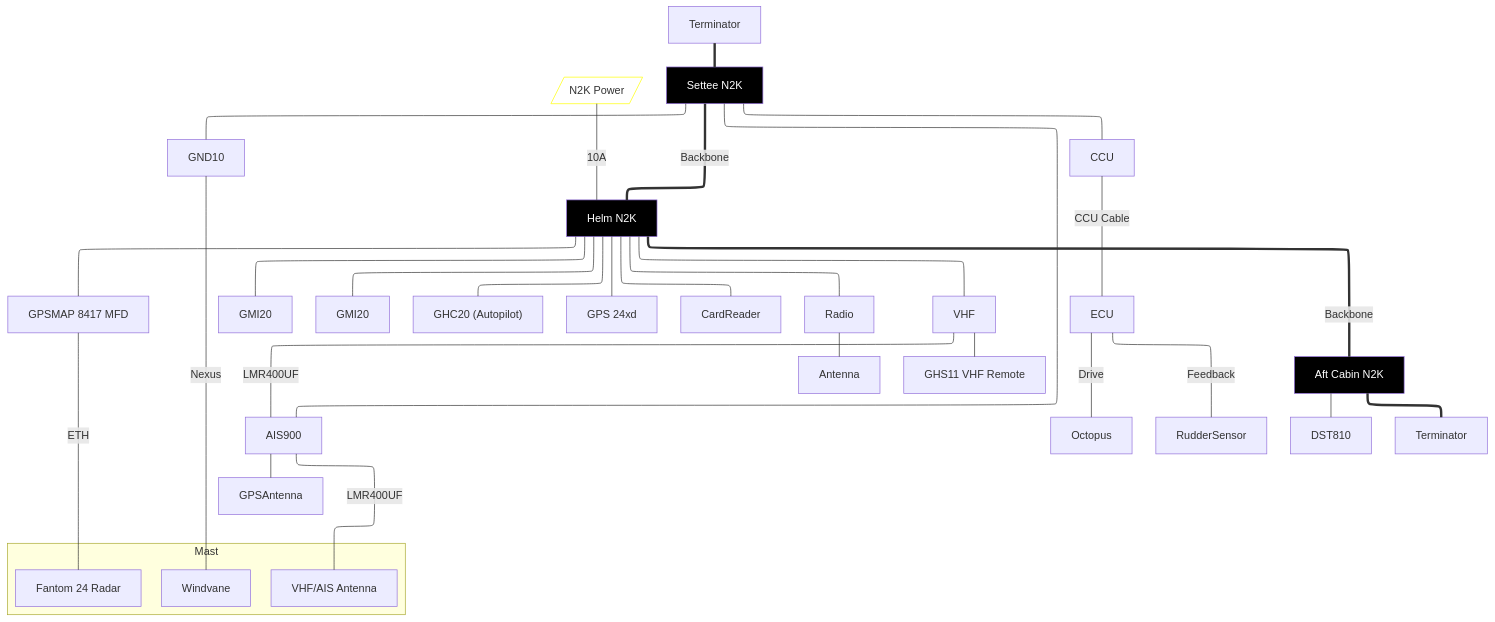
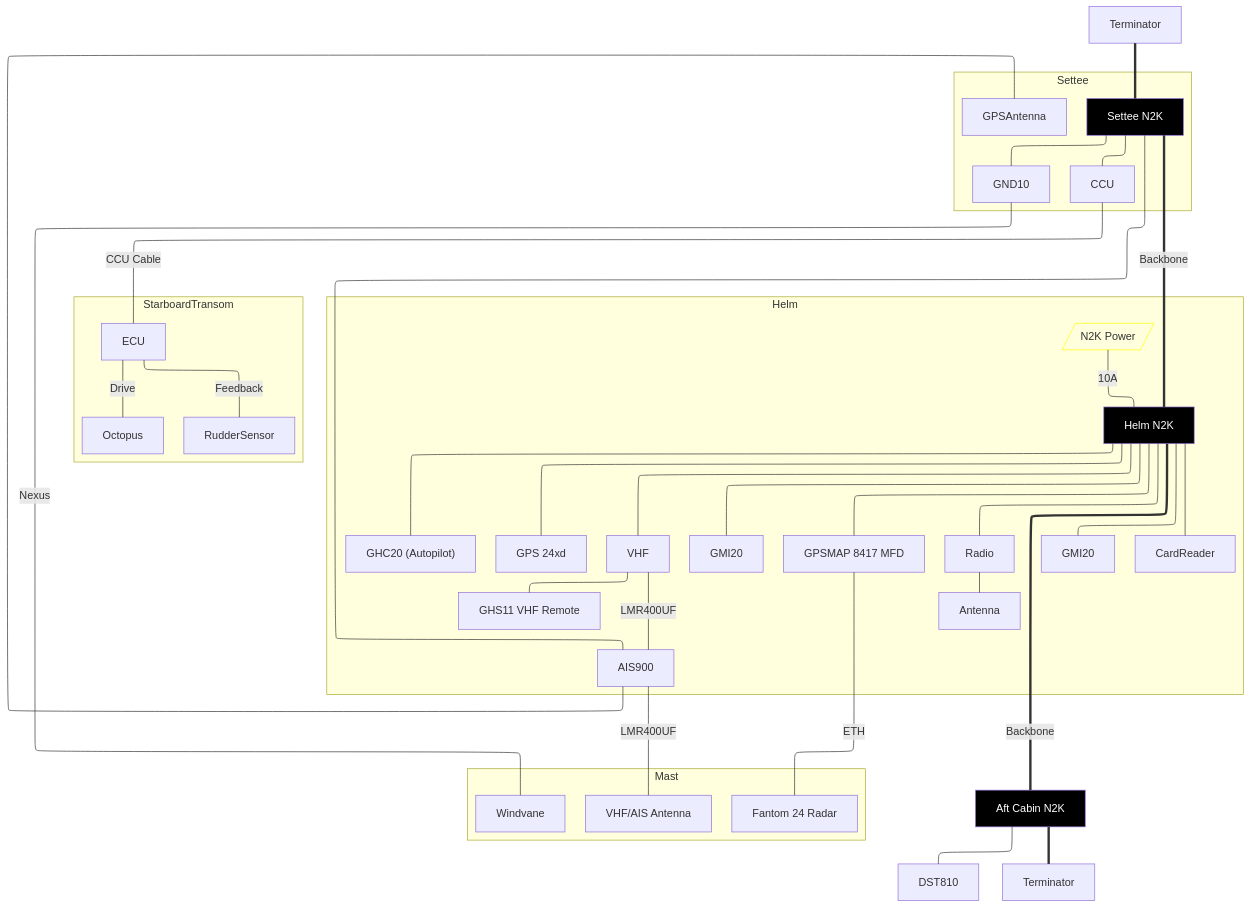
Before and after one commit to dcoon/svharmony: the diagram in owners_manual/Garmin.md, drawn with Mermaid.

Commit message:
vault backup: 2023-12-30 07:57:05

````diff
--- a/owners_manual/Garmin.md
+++ b/owners_manual/Garmin.md
@@ -2,46 +2,51 @@
 ```mermaid
 
 flowchart-elk TB
 
 classDef N2K fill:black
 classDef Power stroke:yellow,fill:none
 
 subgraph Mast
     Antenna["VHF/AIS Antenna"]
     Radar["Fantom 24 Radar"]:::Garmin
     Windvane
 end
 
-MFD["GPSMAP 8417 MFD"]:::Garmin
-MFD ---|ETH| Radar
+subgraph Helm
+	MFD["GPSMAP 8417 MFD"]:::Garmin
+	MFD ---|ETH| Radar
+	CockpitN2K[<font color=white>Helm N2K]:::N2K
+	Power[/N2K Power/]:::Power ---|10A| CockpitN2K
+	CockpitN2K --- MFD
+	CockpitN2K --- GMI201["GMI20"]
+	CockpitN2K --- GMI202["GMI20"]
+	CockpitN2K --- GHC20["GHC20 (Autopilot)"]
+	CockpitN2K --- GPS["GPS 24xd"]
+	CockpitN2K --- CardReader
+	CockpitN2K --- Radio --- AMFMAntenna["Antenna"]
+	CockpitN2K --- VHF
+	VHF --- VHFRemote["GHS11 VHF Remote"]
+	VHF ---|LMR400UF| AIS["AIS900"] ---|LMR400UF| Antenna
+end
 
-CockpitN2K[<font color=white>Helm N2K]:::N2K
-Power[/N2K Power/]:::Power ---|10A| CockpitN2K
-CockpitN2K --- MFD
-CockpitN2K --- GMI201["GMI20"]
-CockpitN2K --- GMI202["GMI20"]
-CockpitN2K --- GHC20["GHC20 (Autopilot)"]
-CockpitN2K --- GPS["GPS 24xd"]
-CockpitN2K --- CardReader
-CockpitN2K --- Radio --- AMFMAntenna["Antenna"]
-CockpitN2K --- VHF
-VHF --- VHFRemote["GHS11 VHF Remote"]
-VHF ---|LMR400UF| AIS["AIS900"] ---|LMR400UF| Antenna
+subgraph Settee
+	SalonN2K[<font color=white>Settee N2K]:::N2K
+	SalonN2K --- AIS["AIS900"]
+	AIS --- GPSAntenna
+	SalonN2K --- GND10:::Garmin ---|Nexus| Windvane
+	SalonN2K --- CCU
+end
 
-
-SalonN2K[<font color=white>Settee N2K]:::N2K
-SalonN2K --- AIS["AIS900"]
-AIS --- GPSAntenna
-SalonN2K --- GND10:::Garmin ---|Nexus| Windvane
-SalonN2K --- CCU
-CCU ---|CCU Cable| ECU
-ECU ---|Drive| Octopus
-ECU ---|Feedback| RudderSensor
+subgraph StarboardTransom
+	CCU ---|CCU Cable| ECU
+	ECU ---|Drive| Octopus
+	ECU ---|Feedback| RudderSensor
+end
 
 StarboardN2K[<font color=white>Aft Cabin N2K]:::N2K
 StarboardN2K --- DST810
 
 T1["Terminator"] === SalonN2K ===|Backbone| CockpitN2K ===|Backbone| StarboardN2K === T2["Terminator"]
 
 
 ```
````
